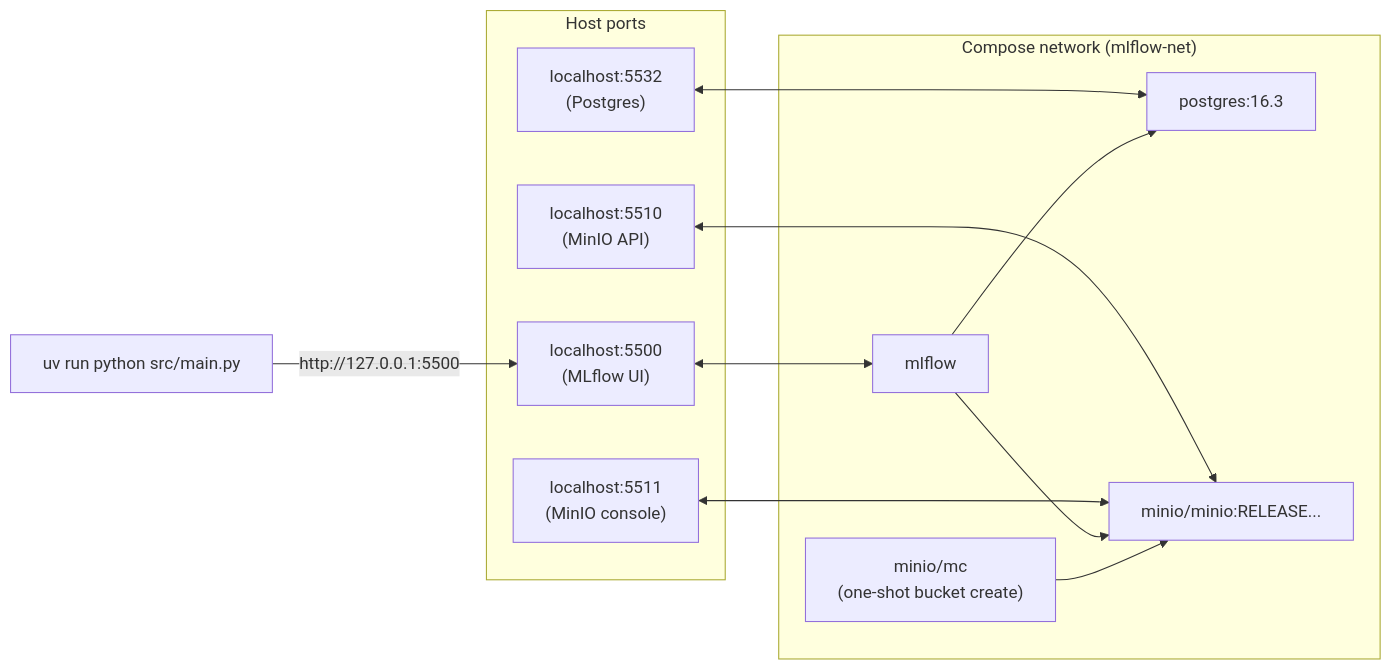
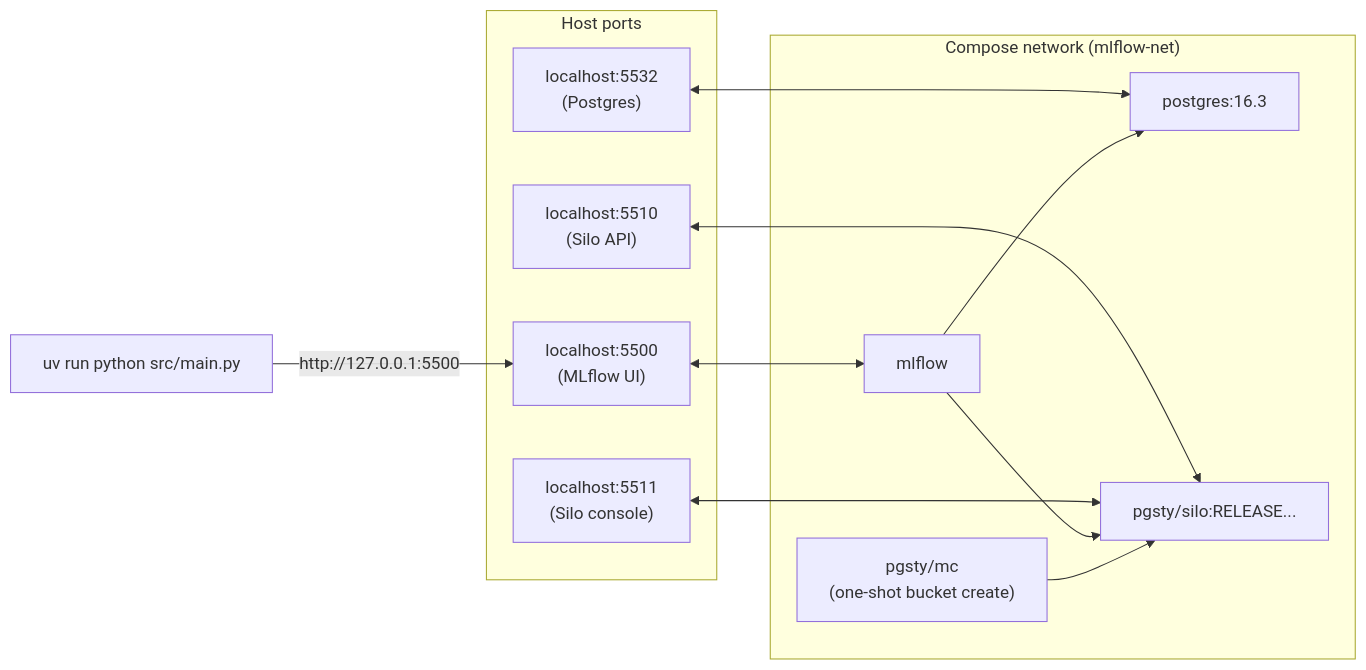
Before and after one commit to Fava00/mlops-course: the seventh of 7 diagrams in lectures/week-02-reproducible-runtimes/slides.md, drawn with Mermaid. The commit also changed other lines of this file and 53 other files, not shown here.

````diff
--- a/lectures/week-02-reproducible-runtimes/slides.md
+++ b/lectures/week-02-reproducible-runtimes/slides.md
@@ -536,27 +543,27 @@
 ```mermaid
 graph LR
     subgraph "Host ports"
         H5000["localhost:5500\n(MLflow UI)"]
-        H9000["localhost:5510\n(MinIO API)"]
-        H9001["localhost:5511\n(MinIO console)"]
+        H9000["localhost:5510\n(Silo API)"]
+        H9001["localhost:5511\n(Silo console)"]
         H5432["localhost:5532\n(Postgres)"]
     end
 
     subgraph "Compose network (mlflow-net)"
         MLF["mlflow"]
         PG["postgres:16.3"]
-        MINIO["minio/minio:RELEASE..."]
-        BUCKET["minio/mc\n(one-shot bucket create)"]
+        MINIO["pgsty/silo:RELEASE..."]
+        BUCKET["pgsty/mc\n(one-shot bucket create)"]
     end
 
     H5000 <--> MLF
     H9000 <--> MINIO
     H9001 <--> MINIO
     H5432 <--> PG
 
     MLF --> PG
     MLF --> MINIO
     BUCKET --> MINIO
 
     CLI["uv run python src/main.py"] -->|"http://127.0.0.1:5500"| H5000
 ```
````
